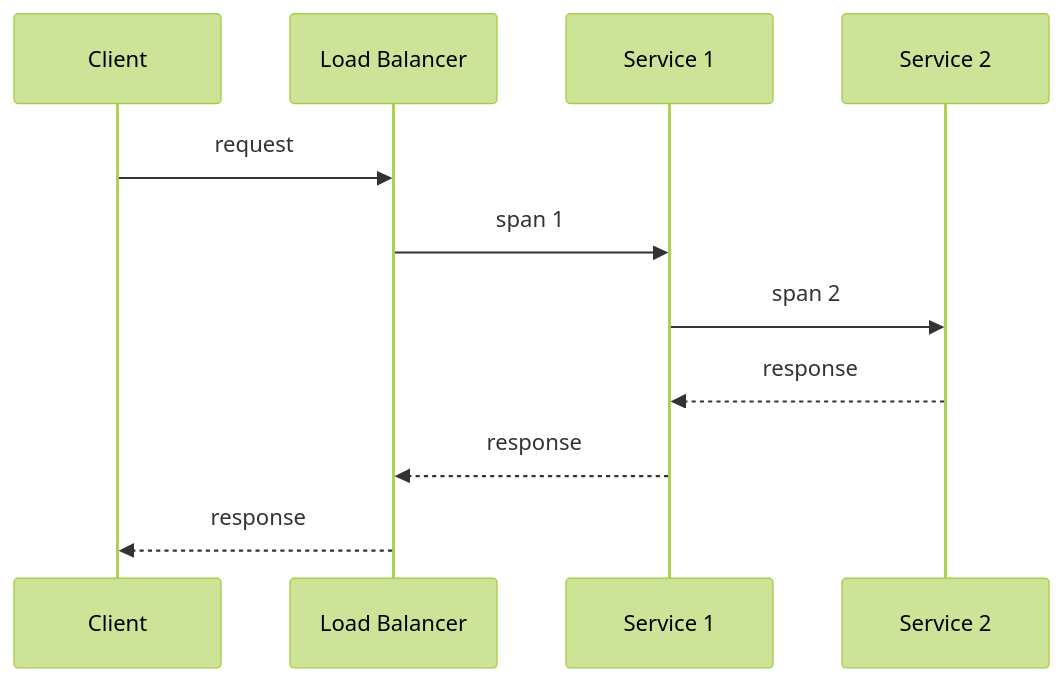
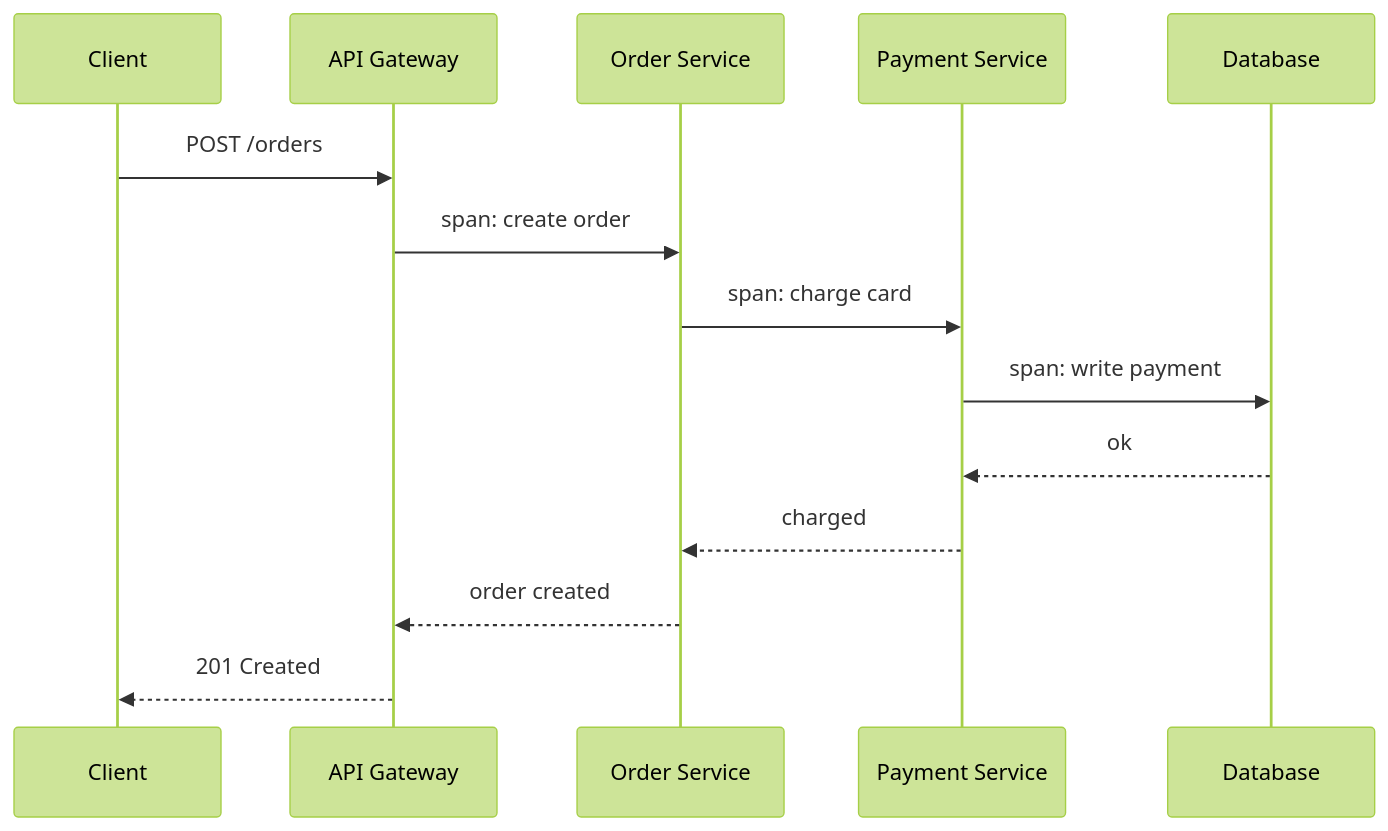
One commit to Kert0n/KPO changed the eighth of 11 diagrams in lectures/Lec14/vitepress.md. Above: the diagram before and after it, drawn with Mermaid (forest theme). The commit also changed other lines of this file and 9 other files, not shown here.

````diff
--- a/lectures/Lec14/vitepress.md
+++ b/lectures/Lec14/vitepress.md
@@ -200,13 +737,16 @@
 ```mermaid
 sequenceDiagram
-    participant C as Client
-    participant LB as Load Balancer
-    participant S1 as Service 1
-    participant S2 as Service 2
-    C->>LB: request
-    LB->>S1: span 1
-    S1->>S2: span 2
-    S2-->>S1: response
-    S1-->>LB: response
-    LB-->>C: response
+    participant Client
+    participant Gateway as API Gateway
+    participant Order as Order Service
+    participant Payment as Payment Service
+    participant DB as Database
+    Client->>Gateway: POST /orders
+    Gateway->>Order: span: create order
+    Order->>Payment: span: charge card
+    Payment->>DB: span: write payment
+    DB-->>Payment: ok
+    Payment-->>Order: charged
+    Order-->>Gateway: order created
+    Gateway-->>Client: 201 Created
 ```
````
